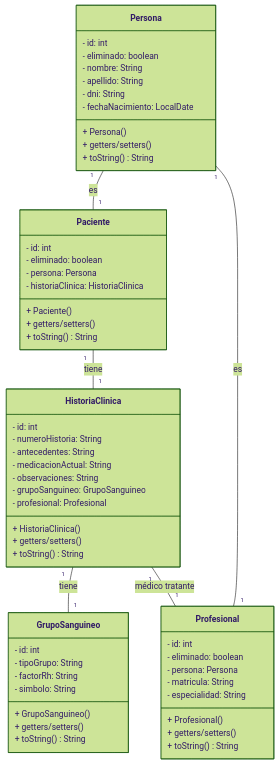
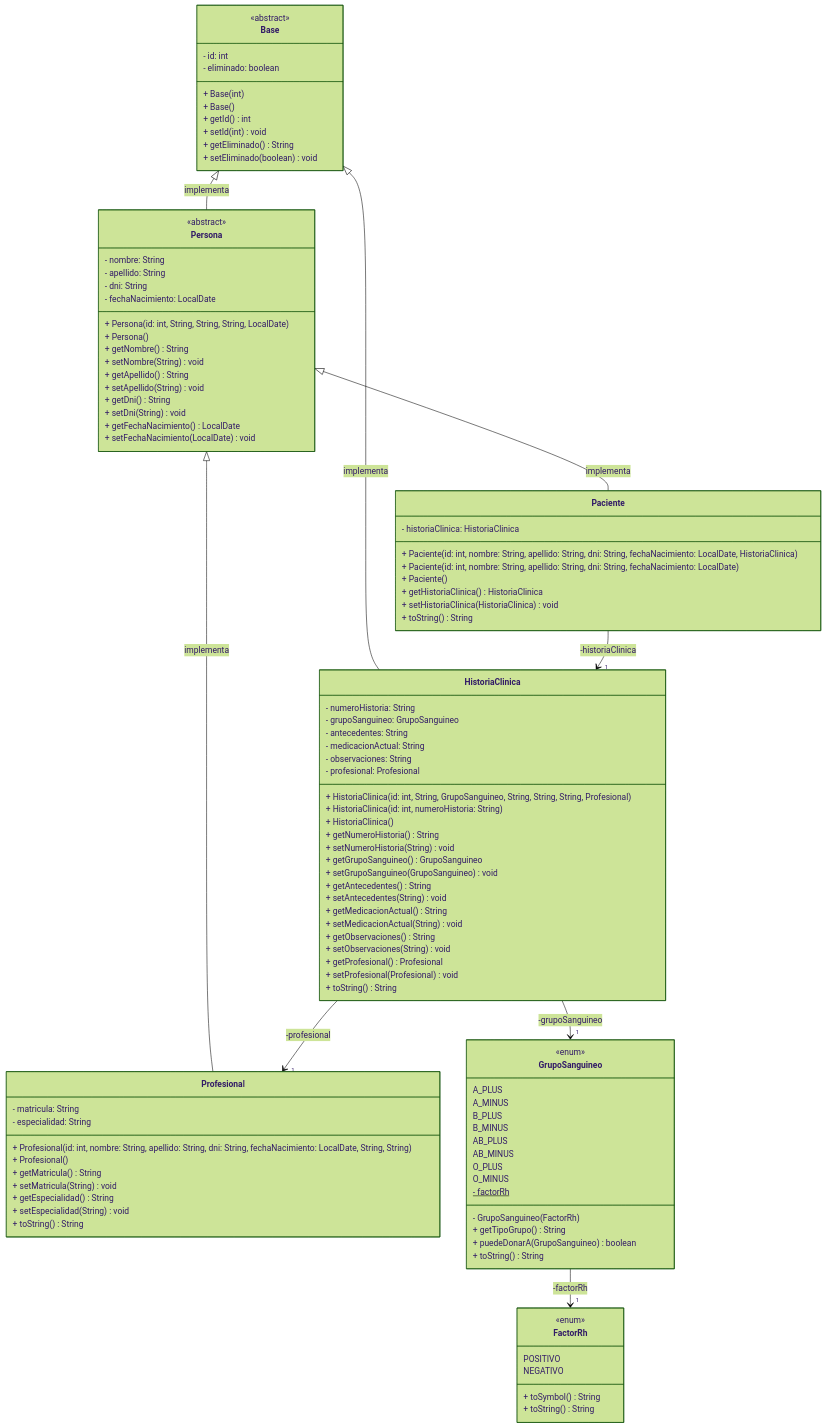
The first of 2 diagrams in README.md (Gerolupo12/paciente-historia-cliente), drawn with Mermaid (forest theme) before and after one commit. The commit also changed other lines of this file and 24 other files, not shown here.

````diff
--- a/README.md
+++ b/README.md
@@ -67,65 +69,114 @@
 ```mermaid
 classDiagram
-    direction TB
-    class Persona {
+    class Base {
         - id: int
         - eliminado: boolean
+        + Base(int)
+        + Base()
+        + getId() int
+        + setId(int) void
+        + getEliminado() String
+        + setEliminado(boolean) void
+    }
+
+    class Persona {
         - nombre: String
         - apellido: String
         - dni: String
         - fechaNacimiento: LocalDate
+        + Persona(id: int, String, String, String, LocalDate)
         + Persona()
-        + getters/setters()
-        + toString() String
+        + getNombre() String
+        + setNombre(String) void
+        + getApellido() String
+        + setApellido(String) void
+        + getDni() String
+        + setDni(String) void
+        + getFechaNacimiento() LocalDate
+        + setFechaNacimiento(LocalDate) void
     }
 
     class Paciente {
-        - id: int
-        - eliminado: boolean
-        - persona: Persona
         - historiaClinica: HistoriaClinica
+        + Paciente(id: int, nombre: String, apellido: String, dni: String, fechaNacimiento: LocalDate, HistoriaClinica)
+        + Paciente(id: int, nombre: String, apellido: String, dni: String, fechaNacimiento: LocalDate)
         + Paciente()
-        + getters/setters()
+        + getHistoriaClinica() HistoriaClinica
+        + setHistoriaClinica(HistoriaClinica) void
         + toString() String
     }
 
     class Profesional {
-        - id: int
-        - eliminado: boolean
-        - persona: Persona
         - matricula: String
         - especialidad: String
+        + Profesional(id: int, nombre: String, apellido: String, dni: String, fechaNacimiento: LocalDate, String, String)
         + Profesional()
-        + getters/setters()
+        + getMatricula() String
+        + setMatricula(String) void
+        + getEspecialidad() String
+        + setEspecialidad(String) void
         + toString() String
     }
 
     class HistoriaClinica {
-        - id: int
         - numeroHistoria: String
+        - grupoSanguineo: GrupoSanguineo
         - antecedentes: String
         - medicacionActual: String
         - observaciones: String
-        - grupoSanguineo: GrupoSanguineo
         - profesional: Profesional
+        + HistoriaClinica(id: int, String, GrupoSanguineo, String, String, String, Profesional)
+        + HistoriaClinica(id: int, numeroHistoria: String)
         + HistoriaClinica()
-        + getters/setters()
+        + getNumeroHistoria() String
+        + setNumeroHistoria(String) void
+        + getGrupoSanguineo() GrupoSanguineo
+        + setGrupoSanguineo(GrupoSanguineo) void
+        + getAntecedentes() String
+        + setAntecedentes(String) void
+        + getMedicacionActual() String
+        + setMedicacionActual(String) void
+        + getObservaciones() String
+        + setObservaciones(String) void
+        + getProfesional() Profesional
+        + setProfesional(Profesional) void
         + toString() String
     }
 
     class GrupoSanguineo {
-        - id: int
-        - tipoGrupo: String
-        - factorRh: String
-        - simbolo: String
-        + GrupoSanguineo()
-        + getters/setters()
+        A_PLUS
+        A_MINUS
+        B_PLUS
+        B_MINUS
+        AB_PLUS
+        AB_MINUS
+        O_PLUS
+        O_MINUS
+        - factorRh$
+        - GrupoSanguineo(FactorRh)
+        + getTipoGrupo() String
+        + puedeDonarA(GrupoSanguineo) boolean
         + toString() String
     }
 
-    Persona "1" -- "1" Paciente : es
-    Persona "1" -- "1" Profesional : es
-    Paciente "1" -- "1" HistoriaClinica : tiene
-    HistoriaClinica "1" -- "1" GrupoSanguineo : tiene
-    HistoriaClinica "1" -- "1" Profesional : médico tratante
+    class FactorRh {
+        POSITIVO
+        NEGATIVO
+        + toSymbol() String
+        + toString() String
+    }
+
+    <<abstract>> Base
+    <<abstract>> Persona
+    <<enum>> GrupoSanguineo
+    <<enum>> FactorRh
+
+    Base <|-- Persona : implementa
+    Base <|-- HistoriaClinica : implementa
+    Persona <|-- Paciente : implementa
+    Persona <|-- Profesional : implementa
+    Paciente --> "1" HistoriaClinica : -historiaClinica
+    HistoriaClinica --> "1" Profesional : -profesional
+    HistoriaClinica --> "1" GrupoSanguineo : -grupoSanguineo
+    GrupoSanguineo --> "1" FactorRh : -factorRh
 ```
````
